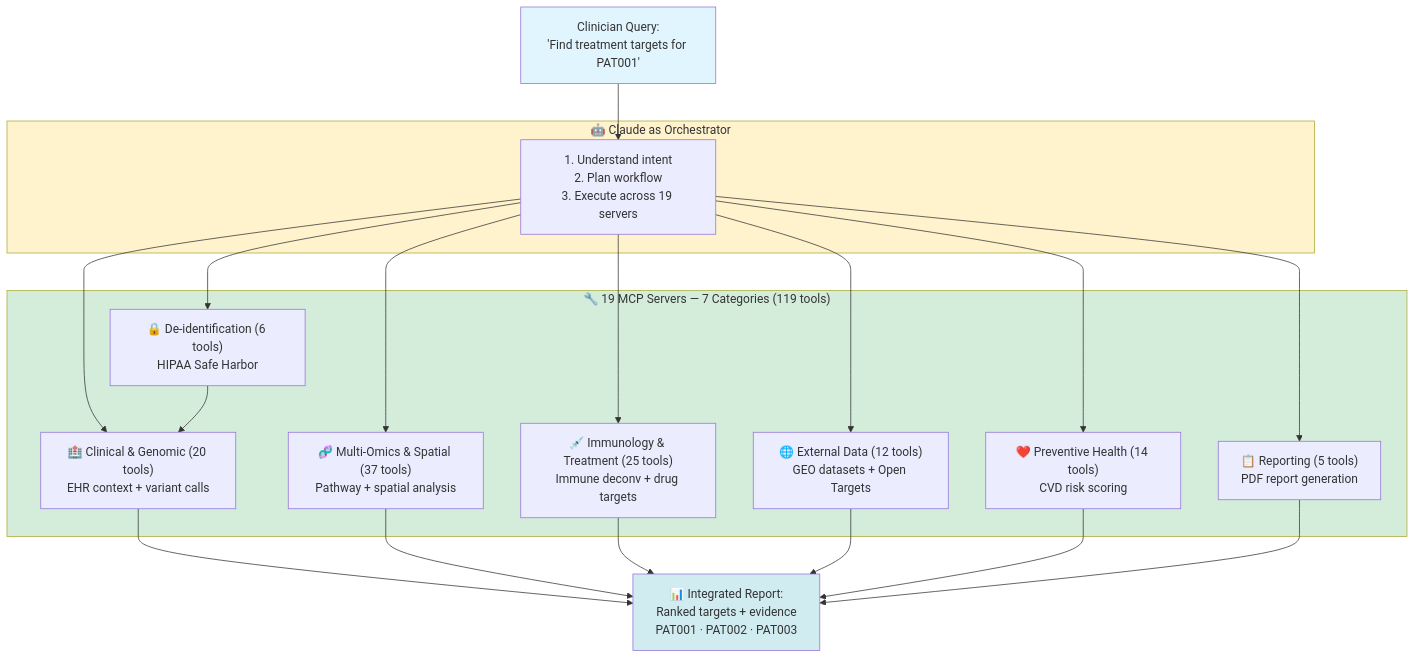
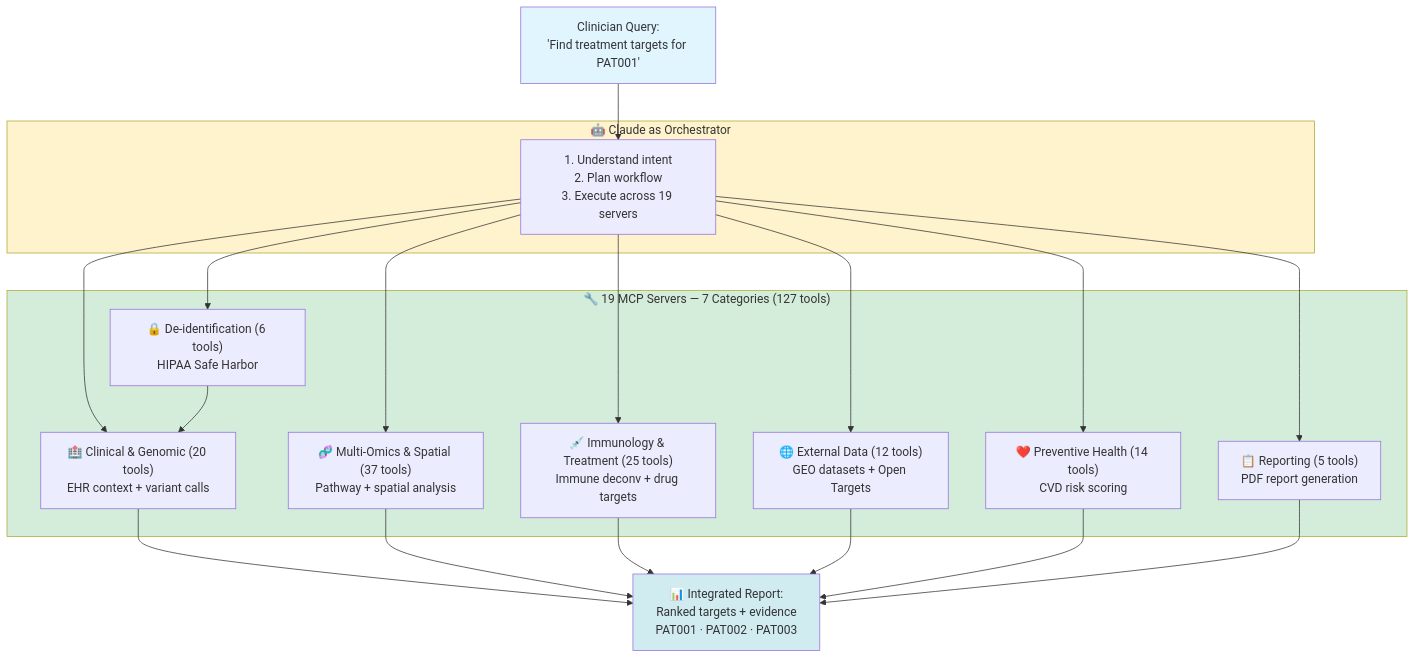
The first of 2 diagrams in docs/reference/architecture/WHY_MCP_FOR_HEALTHCARE.md (lynnlangit/spatial-mcp), drawn with Mermaid before and after one commit. The commit also changed other lines of this file and 17 other files, not shown here.

````diff
--- a/docs/reference/architecture/WHY_MCP_FOR_HEALTHCARE.md
+++ b/docs/reference/architecture/WHY_MCP_FOR_HEALTHCARE.md
@@ -67,41 +67,41 @@
 ```mermaid
 graph TD
     USER["Clinician Query:<br/>'Find treatment targets for PAT001'"]
 
     subgraph Claude["🤖 Claude as Orchestrator"]
         PLAN["1. Understand intent<br/>2. Plan workflow<br/>3. Execute across 19 servers"]
     end
 
-    subgraph Servers["🔧 19 MCP Servers — 7 Categories (119 tools)"]
+    subgraph Servers["🔧 19 MCP Servers — 7 Categories (127 tools)"]
         STAGE0["🔒 De-identification (6 tools)<br/>HIPAA Safe Harbor"]
         CLINICAL["🏥 Clinical & Genomic (20 tools)<br/>EHR context + variant calls"]
         OMICS["🧬 Multi-Omics & Spatial (37 tools)<br/>Pathway + spatial analysis"]
         IMMUNO["💉 Immunology & Treatment (25 tools)<br/>Immune deconv + drug targets"]
         EXTDATA["🌐 External Data (12 tools)<br/>GEO datasets + Open Targets"]
         PREVENT["❤️ Preventive Health (14 tools)<br/>CVD risk scoring"]
         REPORT["📋 Reporting (5 tools)<br/>PDF report generation"]
     end
 
     RESULT["📊 Integrated Report:<br/>Ranked targets + evidence<br/>PAT001 · PAT002 · PAT003"]
 
     USER --> PLAN
     PLAN --> STAGE0
     PLAN --> CLINICAL
     PLAN --> OMICS
     PLAN --> IMMUNO
     PLAN --> EXTDATA
     PLAN --> PREVENT
     PLAN --> REPORT
     STAGE0 --> CLINICAL
     CLINICAL --> RESULT
     OMICS --> RESULT
     IMMUNO --> RESULT
     EXTDATA --> RESULT
     PREVENT --> RESULT
     REPORT --> RESULT
 
     style USER fill:#e1f5ff
     style Claude fill:#fff3cd
     style Servers fill:#d4edda
     style RESULT fill:#d1ecf1
 ```
````
